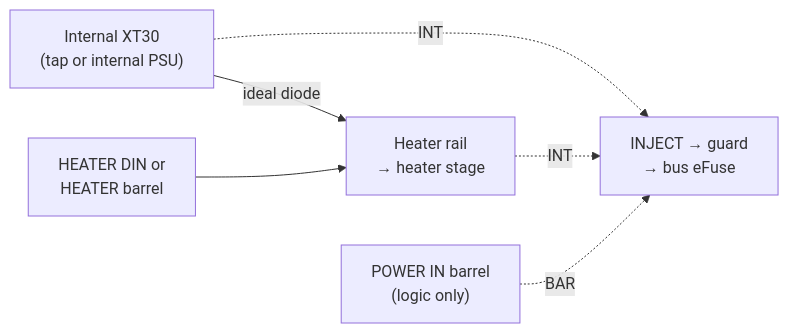
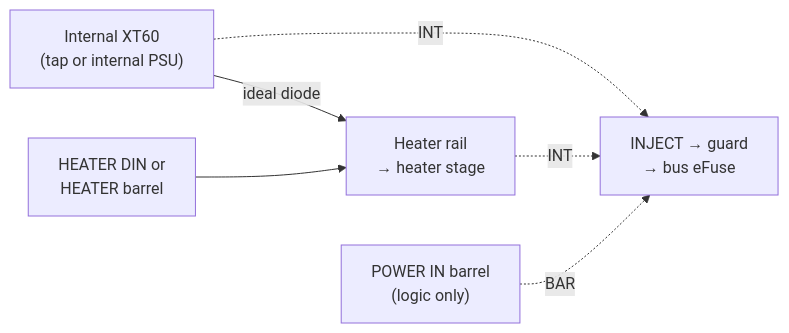
The second of 3 diagrams in docs/02_hardware_specification.md (BashfulBits/3dp-fleet-exhaust), drawn with Mermaid before and after one commit. The commit also changed other lines of this file and 9 other files, not shown here.

````diff
--- a/docs/02_hardware_specification.md
+++ b/docs/02_hardware_specification.md
@@ -81,8 +81,8 @@
 ```mermaid
 flowchart LR
-  HIN["Internal XT30<br>(tap or internal PSU)"] -->|"ideal diode"| HR["Heater rail<br>→ heater stage"]
+  HIN["Internal XT60<br>(tap or internal PSU)"] -->|"ideal diode"| HR["Heater rail<br>→ heater stage"]
   HB["HEATER DIN or<br>HEATER barrel"] --> HR
   HIN -.->|"INT"| EF["INJECT → guard<br>→ bus eFuse"]
   HR -.->|"INT"| EF
   BAR["POWER IN barrel<br>(logic only)"] -.->|"BAR"| EF
 ```
````
